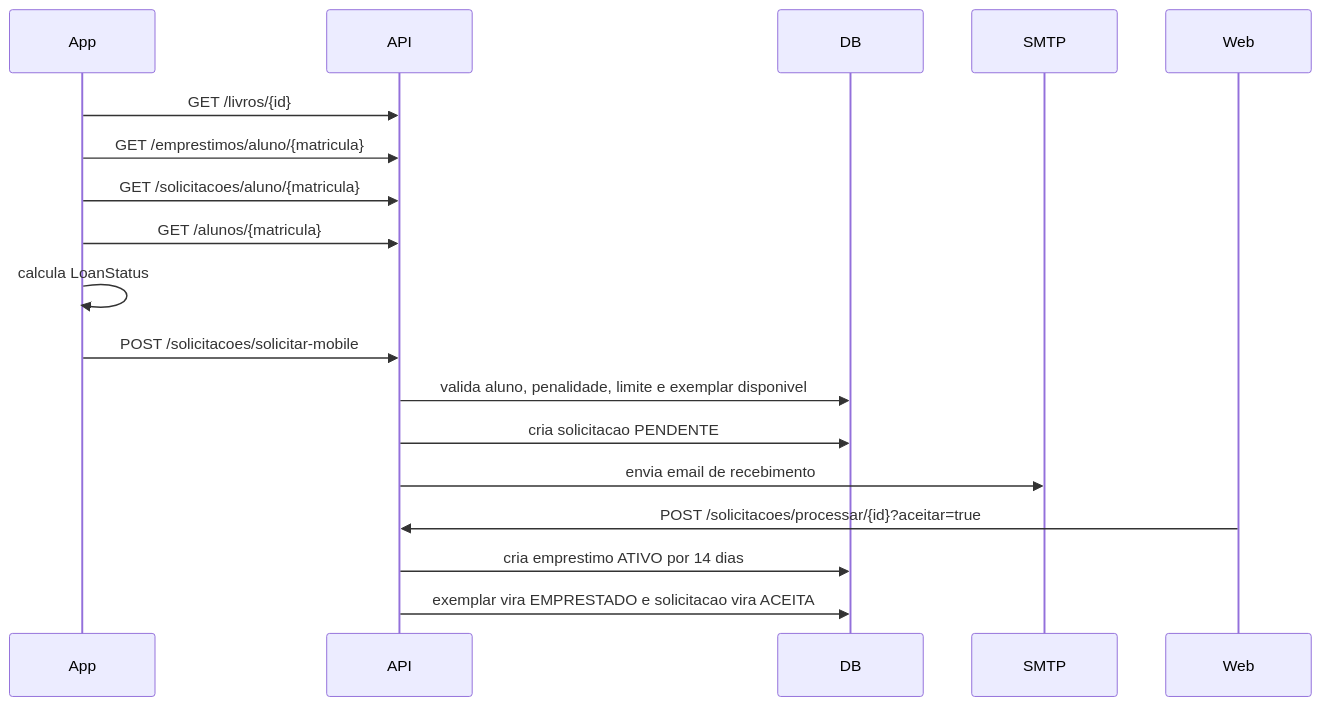
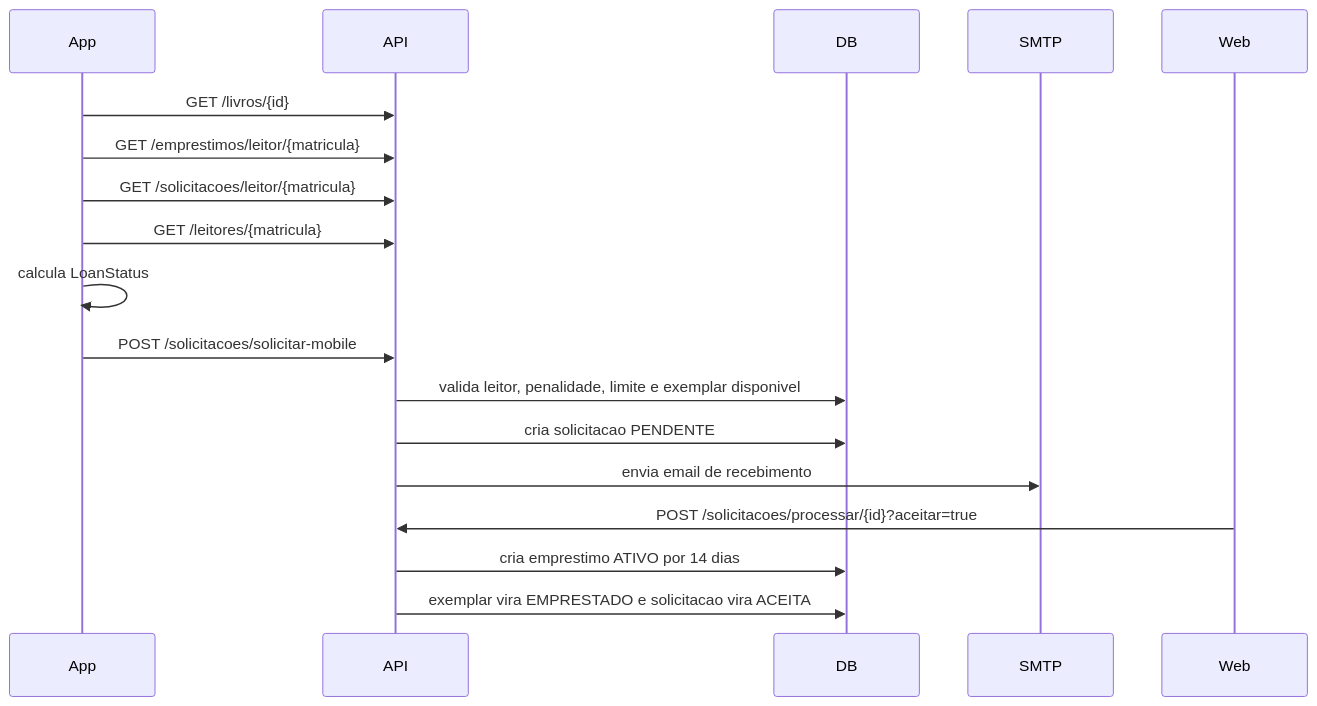
Before and after one commit to n33miaz/lumilivre-api: the third of 5 diagrams in docs/lumilivre_context.md, drawn with Mermaid. The commit also changed other lines of this file and 171 other files, not shown here.

````diff
--- a/docs/lumilivre_context.md
+++ b/docs/lumilivre_context.md
@@ -190,20 +190,20 @@
 ```mermaid
 sequenceDiagram
     participant App
     participant API
     participant DB
     participant Mail as SMTP
 
     App->>API: GET /livros/{id}
-    App->>API: GET /emprestimos/aluno/{matricula}
-    App->>API: GET /solicitacoes/aluno/{matricula}
-    App->>API: GET /alunos/{matricula}
+    App->>API: GET /emprestimos/leitor/{matricula}
+    App->>API: GET /solicitacoes/leitor/{matricula}
+    App->>API: GET /leitores/{matricula}
     App->>App: calcula LoanStatus
     App->>API: POST /solicitacoes/solicitar-mobile
-    API->>DB: valida aluno, penalidade, limite e exemplar disponivel
+    API->>DB: valida leitor, penalidade, limite e exemplar disponivel
     API->>DB: cria solicitacao PENDENTE
     API->>Mail: envia email de recebimento
     Web->>API: POST /solicitacoes/processar/{id}?aceitar=true
     API->>DB: cria emprestimo ATIVO por 14 dias
     API->>DB: exemplar vira EMPRESTADO e solicitacao vira ACEITA
 ```
````
